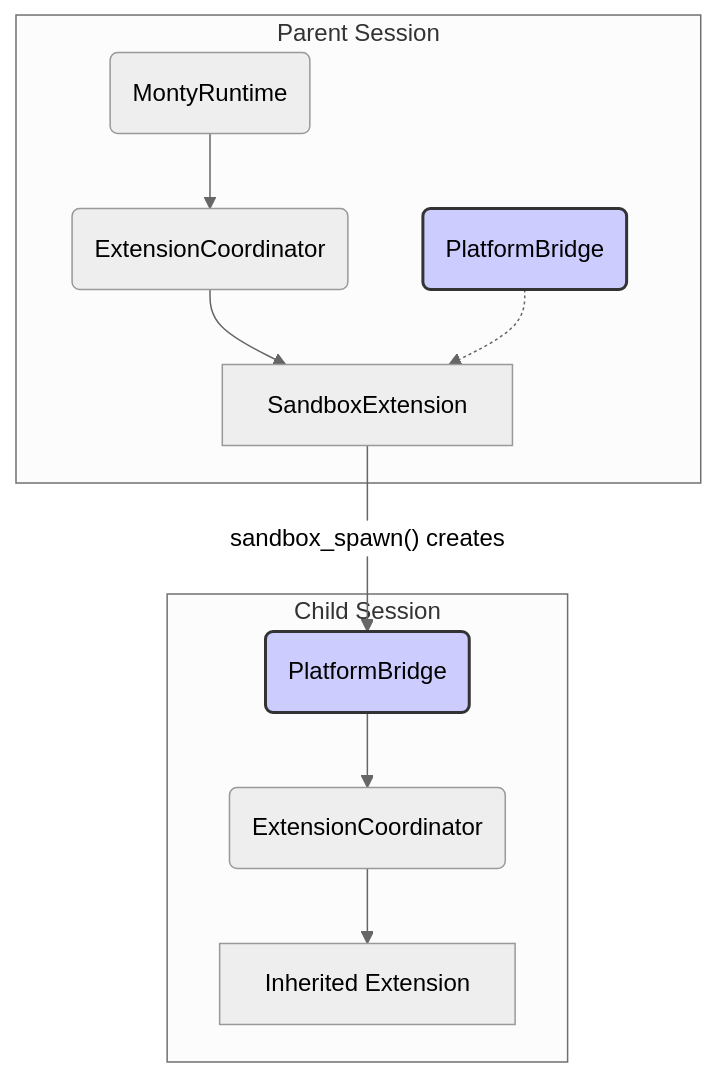
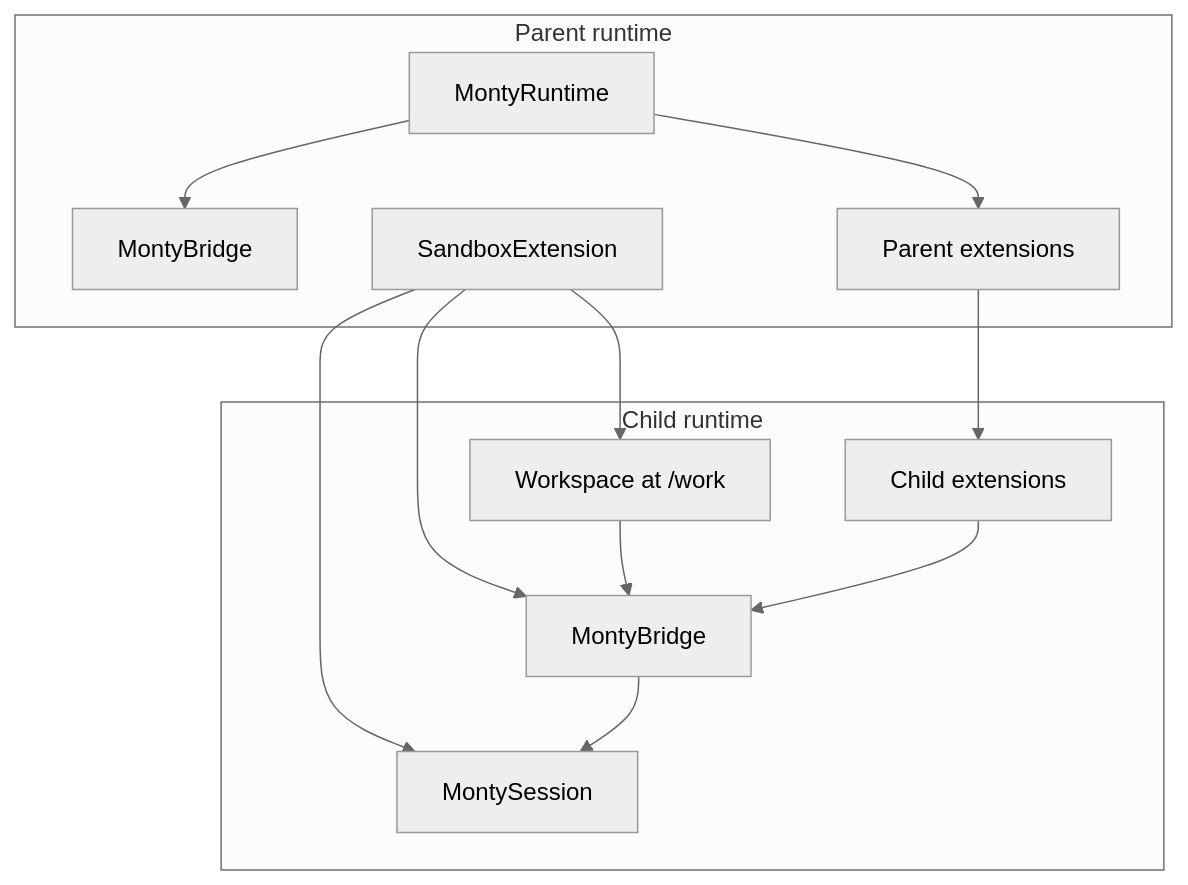
The diagram in docs/deep-dives/sandbox-architecture.md (runyaga/dart_monty), drawn with Mermaid (neutral theme) before and after one commit. The commit also changed other lines of this file and 7 other files, not shown here.

First line of the commit message:
Fix stale architecture, internals and contributor docs (#503)

````diff
--- a/docs/deep-dives/sandbox-architecture.md
+++ b/docs/deep-dives/sandbox-architecture.md
@@ -14,26 +11,26 @@
 ```mermaid
 graph TD
-    subgraph Parent Session
-        A(MontyRuntime)
-        B(ExtensionCoordinator)
-        C(PlatformBridge)
-        D[SandboxExtension]
+    subgraph Parent runtime
+        A[MontyRuntime]
+        B[MontyBridge]
+        C[SandboxExtension]
+        D[Parent extensions]
     end
 
-    subgraph Child Session
-        F(PlatformBridge)
-        G(ExtensionCoordinator)
-        H[Inherited Extension]
+    subgraph Child runtime
+        E[MontySession]
+        F[MontyBridge]
+        G[Child extensions]
+        H[Workspace at /work]
     end
 
     A --> B
-    B --> D
-    C -.-> D
-
-    D -- "sandbox_spawn()" creates --> F
-    F --> G
-    G --> H
-
-    classDef bridge fill:#ccf,stroke:#333,stroke-width:2px,color:#000
-    class C,F bridge
+    A --> D
+    C --> E
+    C --> F
+    D --> G
+    C --> H
+    F --> E
+    G --> F
+    H --> F
 ```
````
